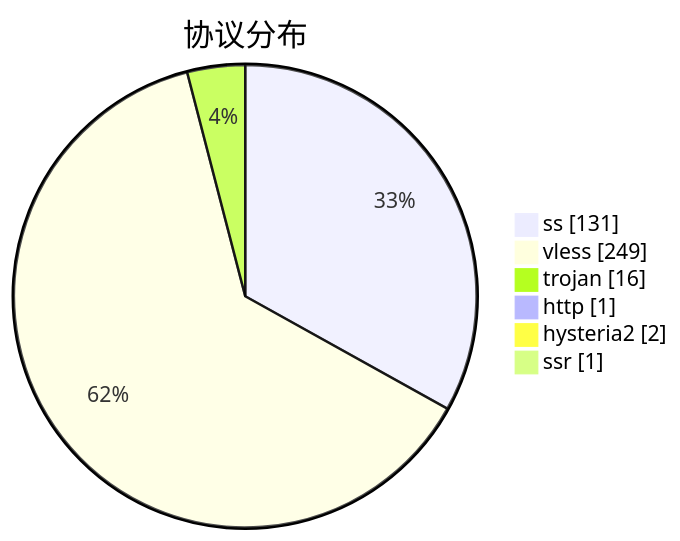
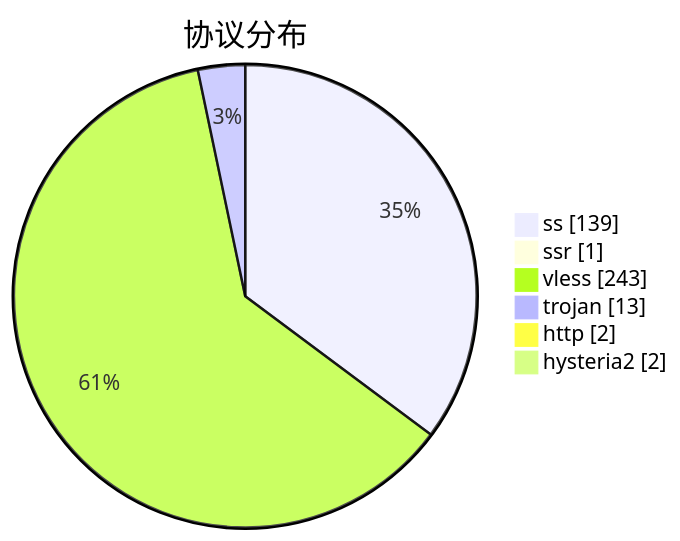
Before and after one commit to qjlxg/airport: the third of 3 diagrams in subs/statistics/tested_within.md, drawn with Mermaid. The commit also changed other lines of this file and 2 other files, not shown here.

````diff
--- a/subs/statistics/tested_within.md
+++ b/subs/statistics/tested_within.md
@@ -21,10 +19,10 @@
 ```mermaid
 pie showData
 title 协议分布
-"ss" : 131
-"vless" : 249
-"trojan" : 16
-"http" : 1
+"ss" : 139
+"ssr" : 1
+"vless" : 243
+"trojan" : 13
+"http" : 2
 "hysteria2" : 2
-"ssr" : 1
 ```
````
